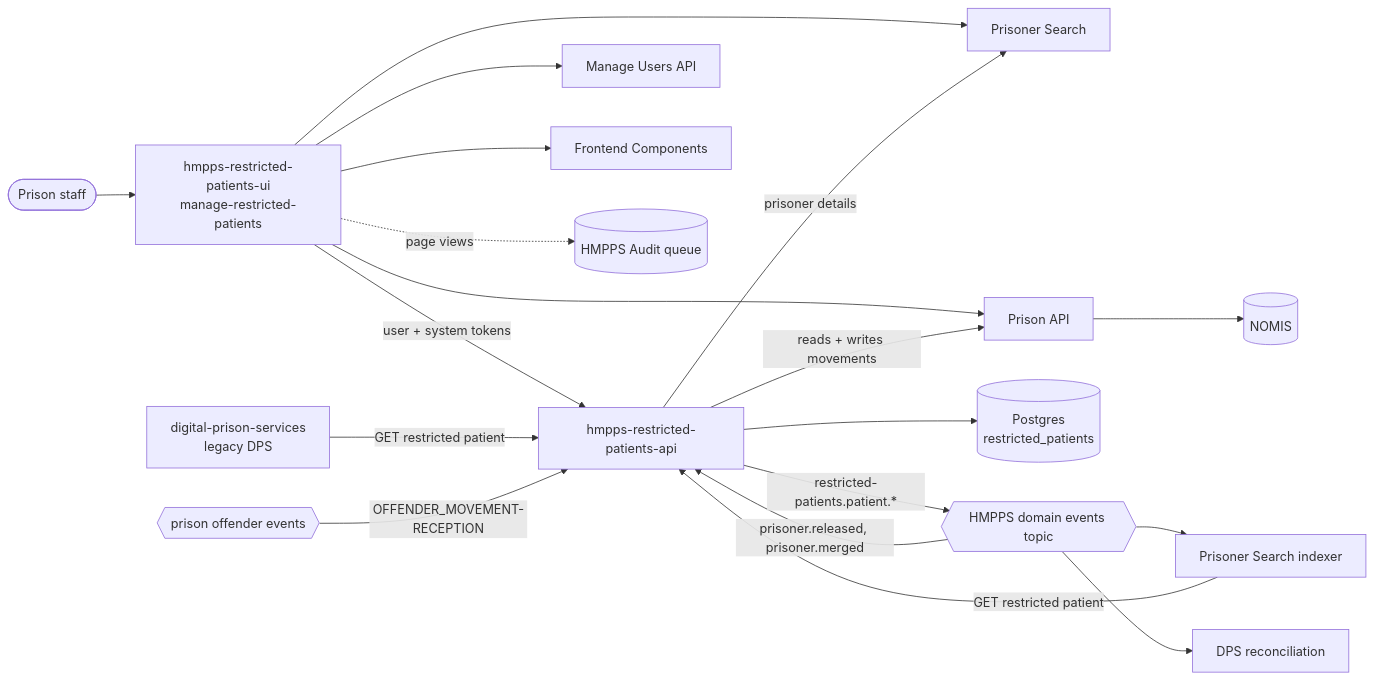
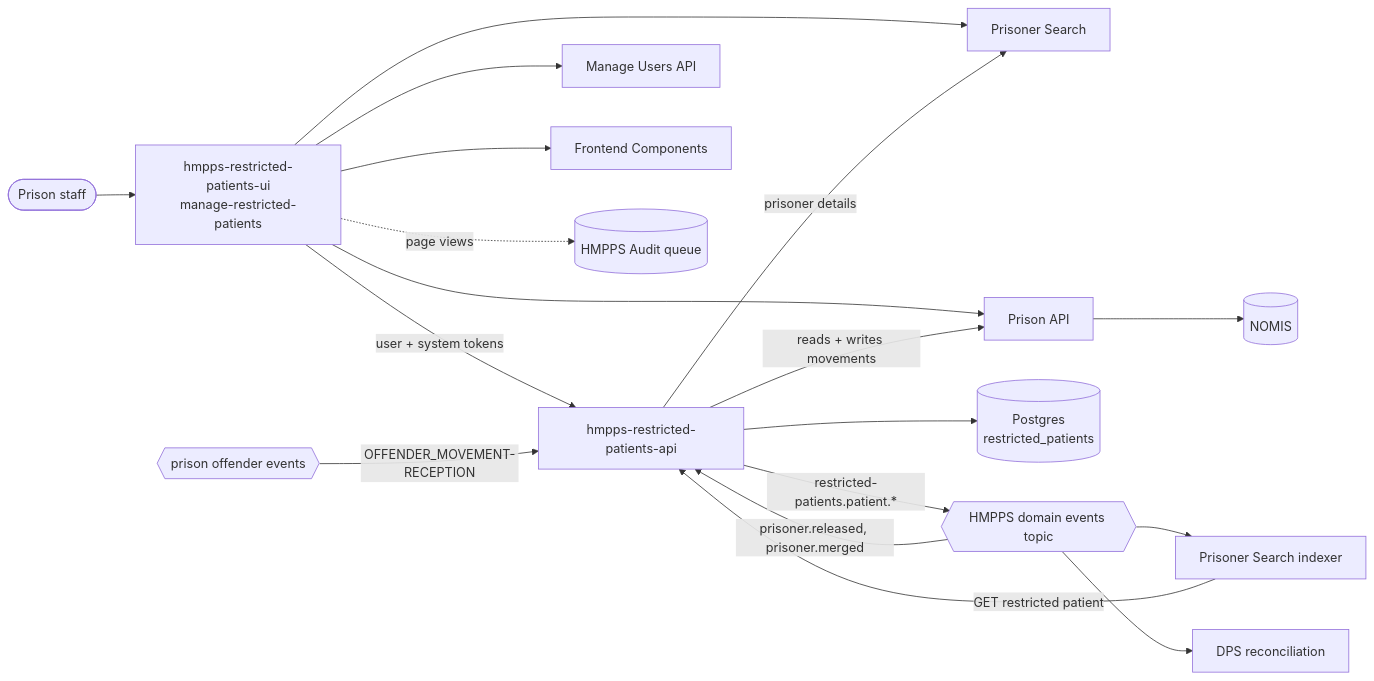
The diagram in docs/architecture.md (ministryofjustice/hmpps-restricted-patients-api), drawn with Mermaid before and after one commit. The commit also changed other lines of this file and 4 other files, not shown here.

First line of the commit message:
MAPB-1052 Require a role on the GET restricted patient endpoint (#499)

````diff
--- a/docs/architecture.md
+++ b/docs/architecture.md
@@ -9,24 +9,23 @@
 ```mermaid
 flowchart LR
   user([Prison staff]) --> ui[hmpps-restricted-patients-ui<br/>manage-restricted-patients]
   ui -->|user + system tokens| api[hmpps-restricted-patients-api]
   ui --> search[Prisoner Search]
   ui --> prisonapi[Prison API]
   ui --> manageusers[Manage Users API]
   ui --> components[Frontend Components]
   ui -.->|page views| audit[(HMPPS Audit queue)]
 
   api -->|reads + writes movements| prisonapi
   prisonapi --> nomis[(NOMIS)]
   api -->|prisoner details| search
   api --> db[(Postgres<br/>restricted_patients)]
   api -->|restricted-patients.patient.*| sns{{HMPPS domain events topic}}
 
   sns --> indexer[Prisoner Search indexer]
   sns --> recon[DPS reconciliation]
   indexer -->|GET restricted patient| api
-  dps[digital-prison-services<br/>legacy DPS] -->|GET restricted patient| api
 
   offender{{prison offender events}} -->|OFFENDER_MOVEMENT-RECEPTION| api
   sns -->|prisoner.released, prisoner.merged| api
 ```
````
